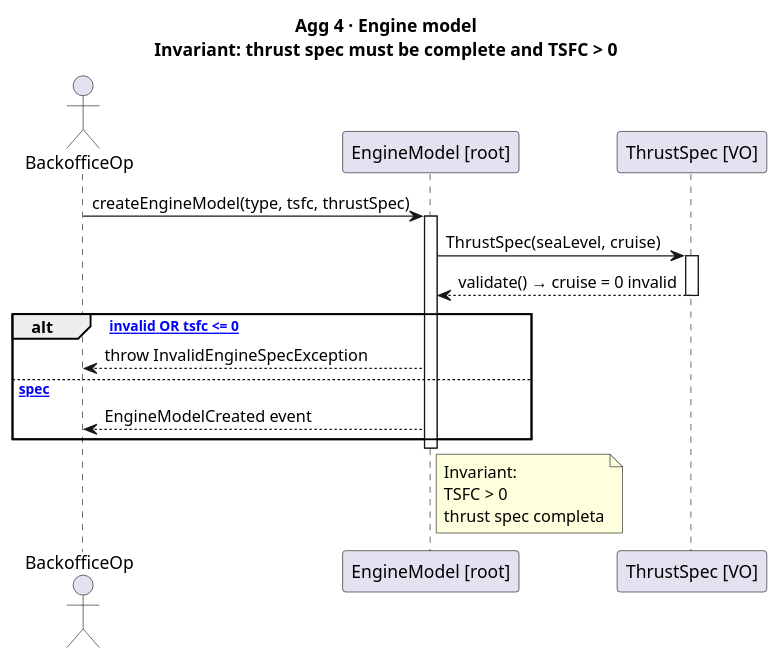
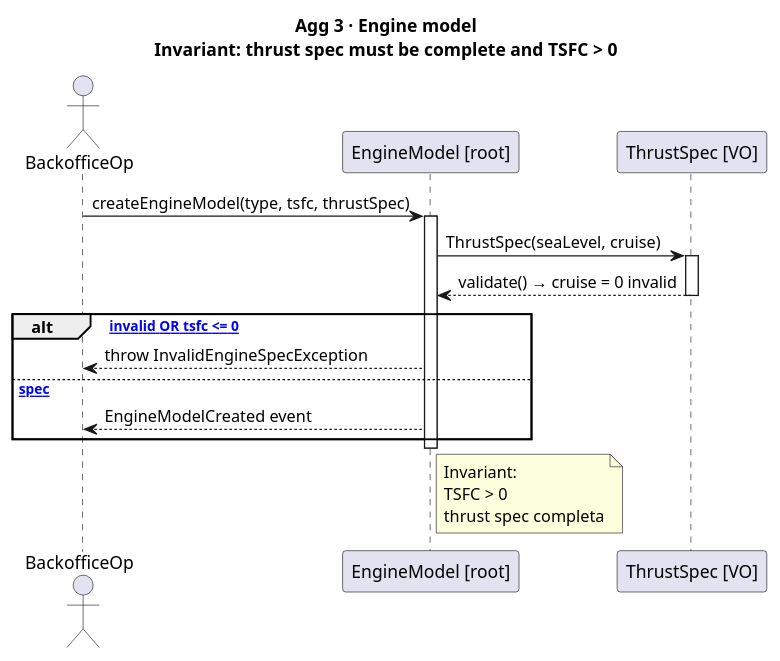
Before and after one commit to DuartePinto1240/sem4pi2526-sem4pi2526_2da2: the diagram in docs/Agg03.puml, drawn with PlantUML. The commit also changed 2 other files, not shown here.

```diff
--- a/docs/Agg03.puml
+++ b/docs/Agg03.puml
@@ -1,30 +1,30 @@
 @startuml US011_Agg04_EngineModel
-title Agg 4 · Engine model\nInvariant: thrust spec must be complete and TSFC > 0
+title Agg 3 · Engine model\nInvariant: thrust spec must be complete and TSFC > 0
 
 actor "BackofficeOp" as Op
 participant "EngineModel [root]" as EM
 participant "ThrustSpec [VO]" as TS
 
 Op -> EM : createEngineModel(type, tsfc, thrustSpec)
 activate EM
 
 EM -> TS : ThrustSpec(seaLevel, cruise)
 activate TS
 TS --> EM : validate() → cruise = 0 invalid
 deactivate TS
 
 alt [thrustSpec invalid OR tsfc <= 0]
     EM --> Op : throw InvalidEngineSpecException
 else [valid spec]
     EM --> Op : EngineModelCreated event
 end
 
 deactivate EM
 
 note right of EM
   Invariant:
   TSFC > 0
   thrust spec completa
 end note
 
 @enduml
```
